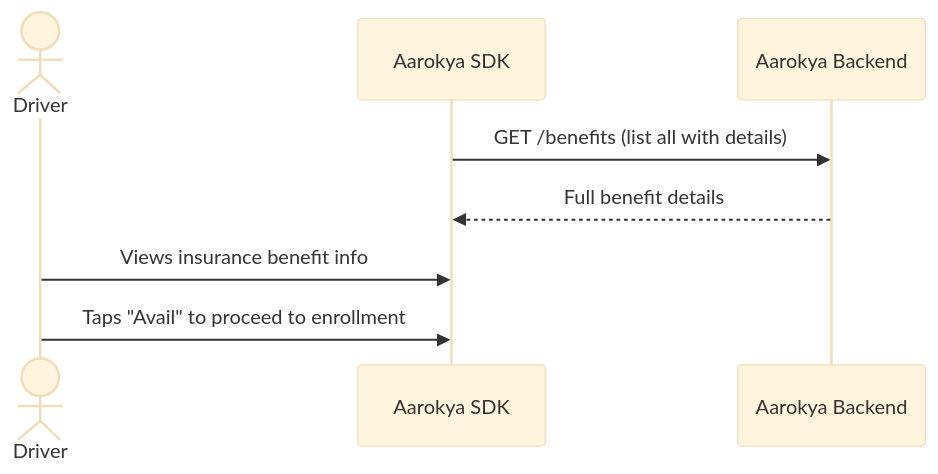
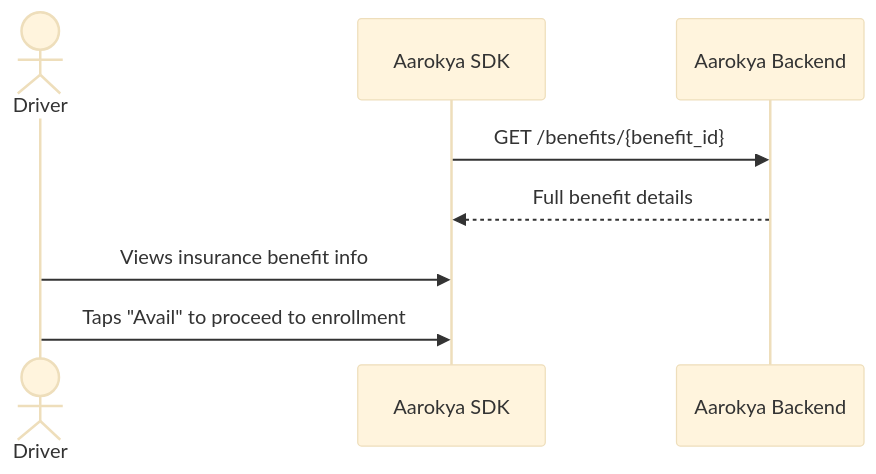
Before and after one commit to anu19981/aarokya-backend: the fifth of 11 diagrams in api-reference/architecture/screen-flows.mdx, drawn with Mermaid (base theme). The commit also changed other lines of this file and 82 other files, not shown here.

Commit message:
sync: update api-reference from aarokya-agentic-app

````diff
--- a/api-reference/architecture/screen-flows.mdx
+++ b/api-reference/architecture/screen-flows.mdx
@@ -144,11 +147,11 @@
 ```mermaid
 sequenceDiagram
     actor Driver
     participant App as Aarokya SDK
     participant API as Aarokya Backend
 
-    App->>API: GET /benefits (list all with details)
+    App->>API: GET /benefits/{benefit_id}
     API-->>App: Full benefit details
     Driver->>App: Views insurance benefit info
     Driver->>App: Taps "Avail" to proceed to enrollment
 ```
````
